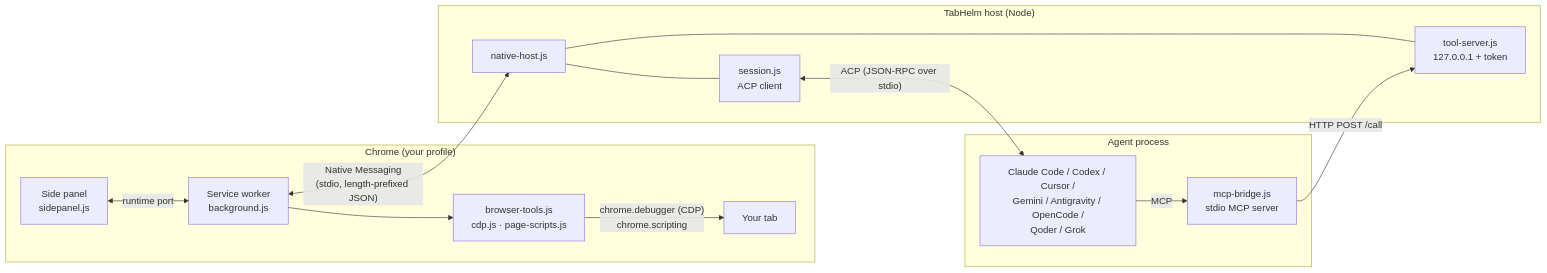
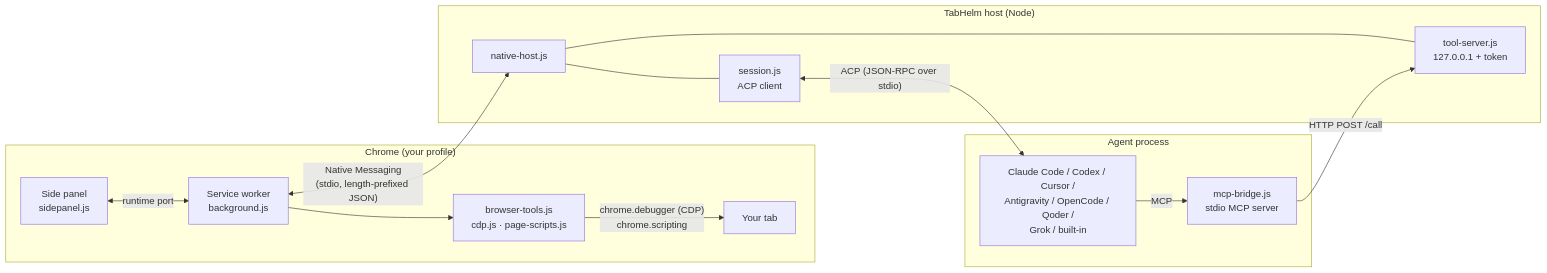
Before and after one commit to Ivlad003/tabhelm: the second of 5 diagrams in README.md, drawn with Mermaid. The commit also changed other lines of this file and 8 other files, not shown here.

````diff
--- a/README.md
+++ b/README.md
@@ -157,30 +156,30 @@
 ```mermaid
 flowchart LR
     subgraph Chrome["Chrome (your profile)"]
         Panel["Side panel<br/>sidepanel.js"]
         SW["Service worker<br/>background.js"]
         Tools["browser-tools.js<br/>cdp.js · page-scripts.js"]
         Tab["Your tab"]
         Panel <-- "runtime port" --> SW
         SW --> Tools
         Tools -- "chrome.debugger (CDP)<br/>chrome.scripting" --> Tab
     end
 
     subgraph Host["TabHelm host (Node)"]
         NH["native-host.js"]
         Sess["session.js<br/>ACP client"]
         TS["tool-server.js<br/>127.0.0.1 + token"]
         NH --- Sess
         NH --- TS
     end
 
     subgraph Agent["Agent process"]
-        A["Claude Code / Codex / Cursor /<br/>Gemini / Antigravity / OpenCode /<br/>Qoder / Grok"]
+        A["Claude Code / Codex / Cursor /<br/>Antigravity / OpenCode / Qoder /<br/>Grok / built-in"]
         MB["mcp-bridge.js<br/>stdio MCP server"]
         A -- "MCP" --> MB
     end
 
     SW <-- "Native Messaging<br/>(stdio, length-prefixed JSON)" --> NH
     Sess <-- "ACP (JSON-RPC over stdio)" --> A
     MB -- "HTTP POST /call" --> TS
 ```
````
